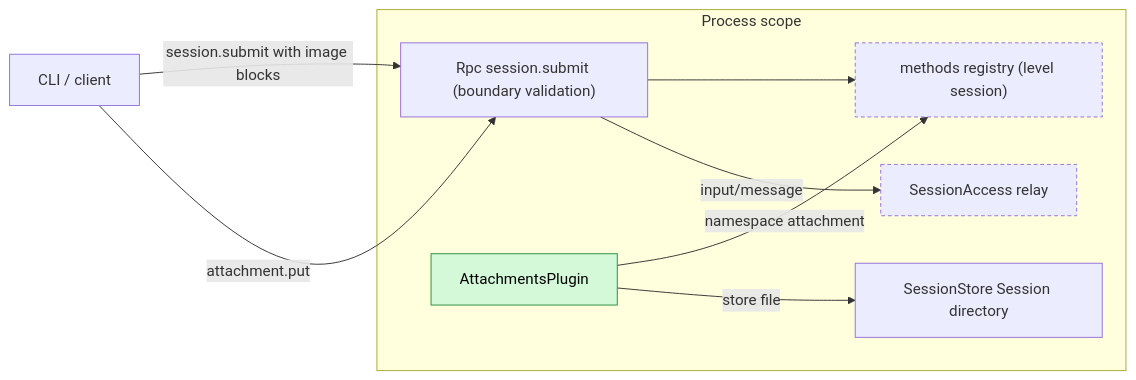
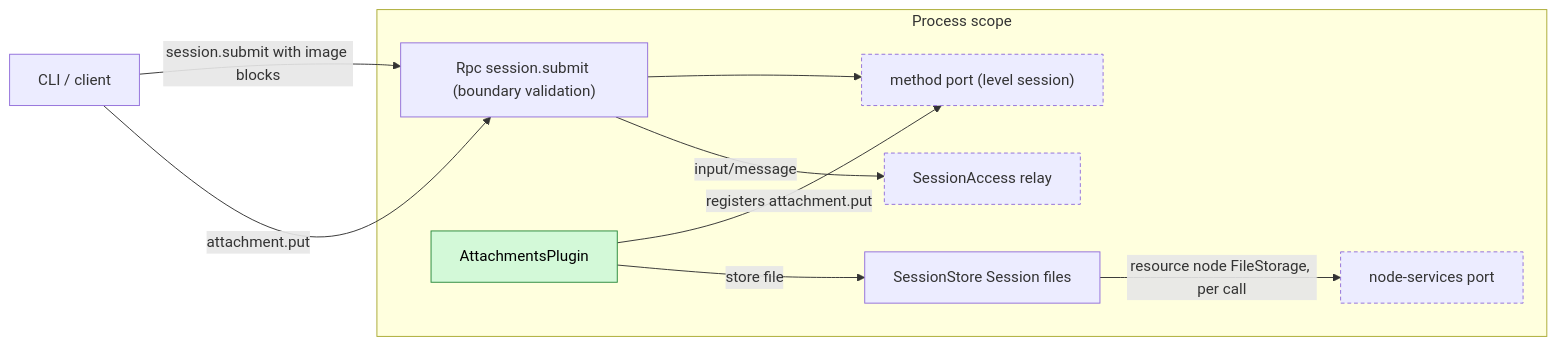
One commit to CoutinhoTTS/dim-agent changed the first of 4 diagrams in docs/design/plugins/Attachments.md. Above: the diagram before and after it, drawn with Mermaid. The commit also changed other lines of this file and 3 other files, not shown here.

````diff
--- a/docs/design/plugins/Attachments.md
+++ b/docs/design/plugins/Attachments.md
@@ -9,19 +9,21 @@
 ```mermaid
 flowchart LR
   CLI["CLI / client"]
   subgraph P["Process scope"]
     RPC["Rpc session.submit (boundary validation)"]
-    MC["methods registry (level session)"]:::contract
+    MC["method port (level session)"]:::contract
     AT["AttachmentsPlugin"]:::new
-    SS["SessionStore Session directory"]
+    SS["SessionStore Session files"]
+    NS["node-services port"]:::contract
     SA["SessionAccess relay"]:::contract
   end
   CLI -- "session.submit with image blocks" --> RPC
   CLI -- "attachment.put" --> RPC
   RPC --> MC
-  AT -- "namespace attachment" --> MC
+  AT -- "registers attachment.put" --> MC
   AT -- "store file" --> SS
+  SS -- "resource node FileStorage, per call" --> NS
   RPC -- "input/message" --> SA
   classDef new fill:#d3f9d8,stroke:#2b8a3e,color:#000
   classDef contract stroke-dasharray:4 3
 ```
````
